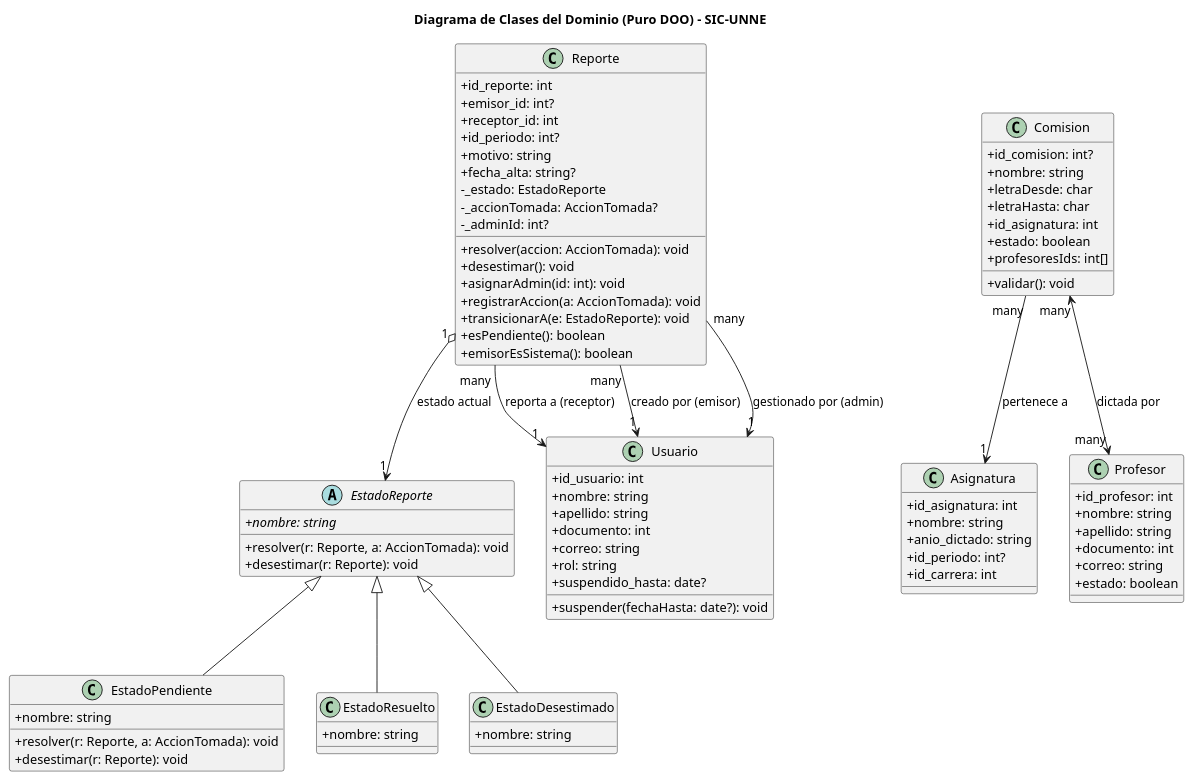
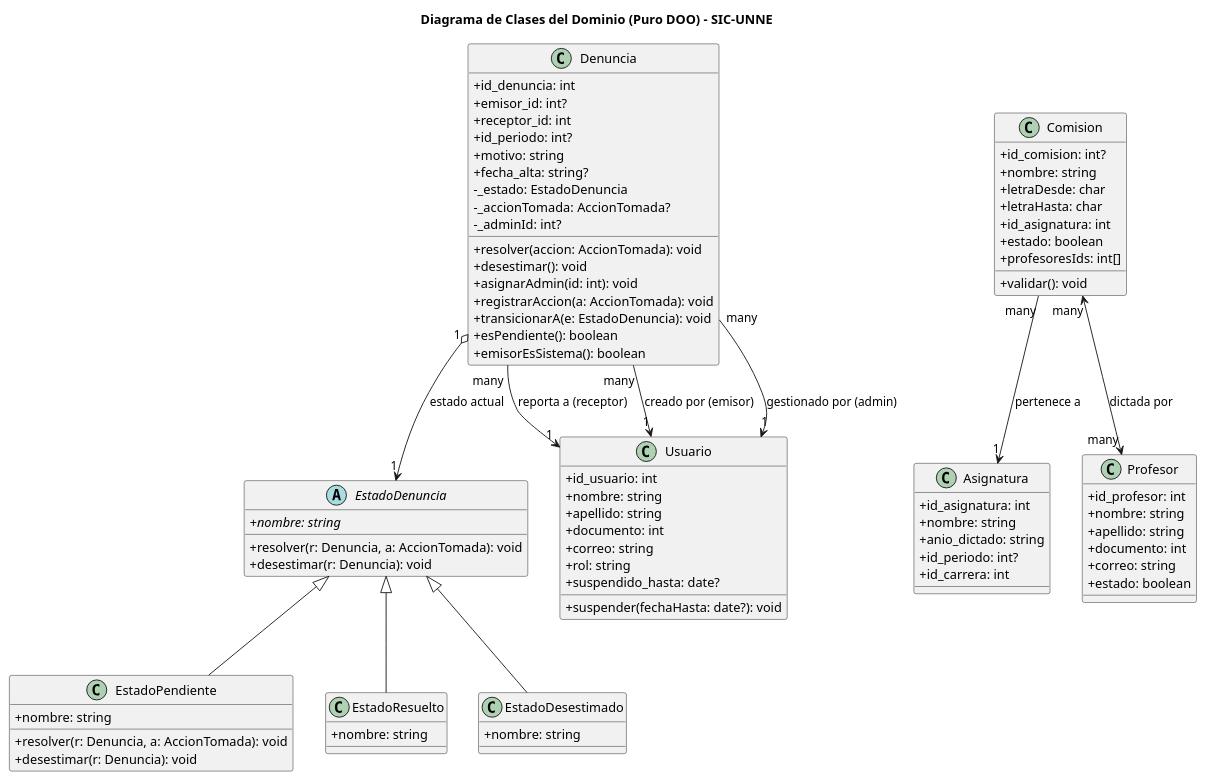
Before and after one commit to SantiagoScetti/sic-unne-admin: the diagram in docs/uml/diagrama_clases.md, drawn with PlantUML. The commit also changed other lines of this file and 74 other files, not shown here.

Commit message:
Se eliminaron archivos inservibles, se cambio Reporte a Denuncia

```diff
--- a/docs/uml/diagrama_clases.md
+++ b/docs/uml/diagrama_clases.md
@@ -7,36 +7,36 @@
 skinparam classAttributeIconSize 0
 title Diagrama de Clases del Dominio (Puro DOO) - SIC-UNNE
 
-' ─── Entidad Reporte y su Maquina de Estados ───
-class Reporte {
-  + id_reporte: int
+' ─── Entidad Denuncia y su Maquina de Estados ───
+class Denuncia {
+  + id_denuncia: int
   + emisor_id: int?
   + receptor_id: int
   + id_periodo: int?
   + motivo: string
   + fecha_alta: string?
-  - _estado: EstadoReporte
+  - _estado: EstadoDenuncia
   - _accionTomada: AccionTomada?
   - _adminId: int?
   + resolver(accion: AccionTomada): void
   + desestimar(): void
   + asignarAdmin(id: int): void
   + registrarAccion(a: AccionTomada): void
-  + transicionarA(e: EstadoReporte): void
+  + transicionarA(e: EstadoDenuncia): void
   + esPendiente(): boolean
   + emisorEsSistema(): boolean
 }
 
-abstract class EstadoReporte {
+abstract class EstadoDenuncia {
   + {abstract} nombre: string
-  + resolver(r: Reporte, a: AccionTomada): void
-  + desestimar(r: Reporte): void
+  + resolver(r: Denuncia, a: AccionTomada): void
+  + desestimar(r: Denuncia): void
 }
 
 class EstadoPendiente {
   + nombre: string
-  + resolver(r: Reporte, a: AccionTomada): void
-  + desestimar(r: Reporte): void
+  + resolver(r: Denuncia, a: AccionTomada): void
+  + desestimar(r: Denuncia): void
 }
 
 class EstadoResuelto {
@@ -47,10 +47,10 @@
   + nombre: string
 }
 
-EstadoReporte <|-- EstadoPendiente
-EstadoReporte <|-- EstadoResuelto
-EstadoReporte <|-- EstadoDesestimado
-Reporte "1" o--> "1" EstadoReporte : estado actual
+EstadoDenuncia <|-- EstadoPendiente
+EstadoDenuncia <|-- EstadoResuelto
+EstadoDenuncia <|-- EstadoDesestimado
+Denuncia "1" o--> "1" EstadoDenuncia : estado actual
 
 ' ─── Entidades de Usuario ───
 class Usuario {
@@ -64,10 +64,10 @@
   + suspender(fechaHasta: date?): void
 }
 
-' Relaciones conceptuales de Reporte y Usuario
-Reporte "many" --> "1" Usuario : "reporta a (receptor)"
-Reporte "many" --> "1" Usuario : "creado por (emisor)"
-Reporte "many" --> "1" Usuario : "gestionado por (admin)"
+' Relaciones conceptuales de Denuncia y Usuario
+Denuncia "many" --> "1" Usuario : "reporta a (receptor)"
+Denuncia "many" --> "1" Usuario : "creado por (emisor)"
+Denuncia "many" --> "1" Usuario : "gestionado por (admin)"
 
 ' ─── Entidades del Dominio Academico (Comision) ───
 class Comision {
```
